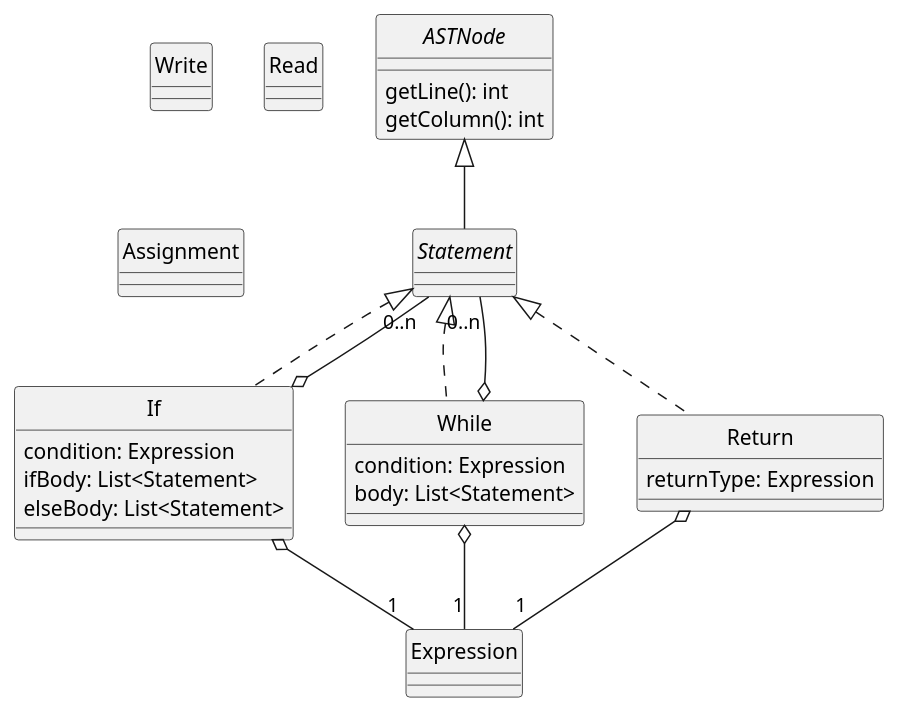
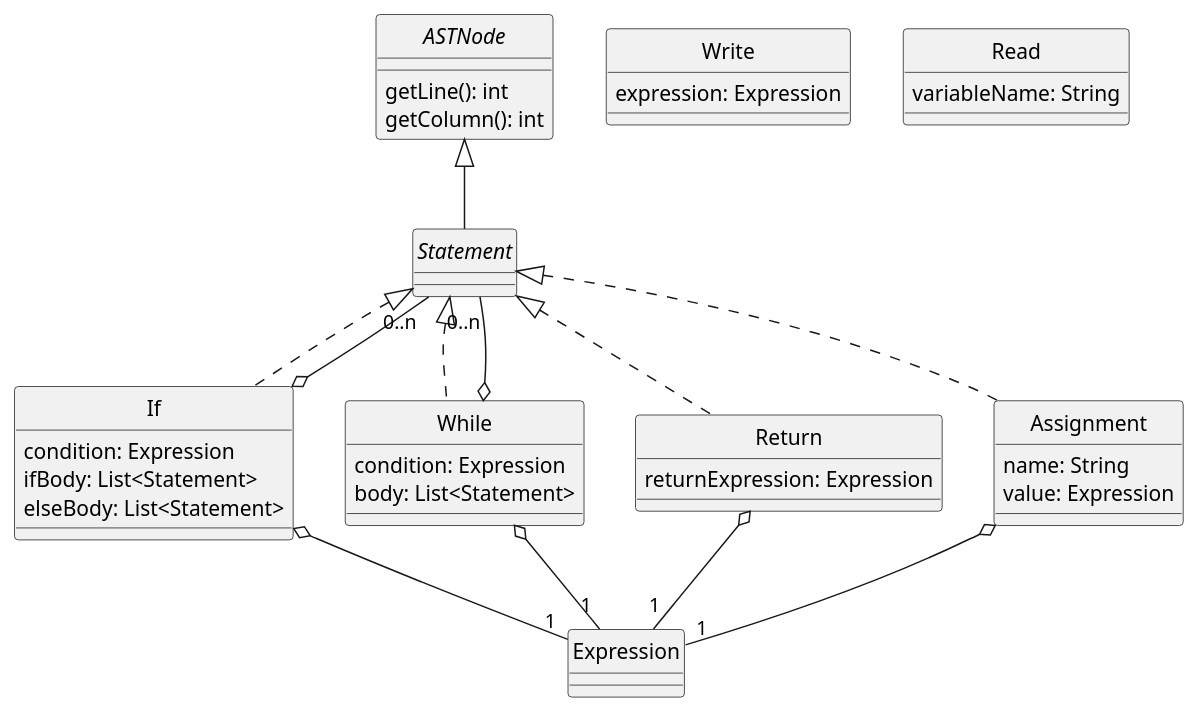
The diagram in docs/diagrams/statements.plantuml (DavidGonzalezFernandez/dlp-compiler), drawn with PlantUML before and after one commit. The commit also changed 3 other files, not shown here.

Commit message:
Mejora de los diagramas UML

```diff
--- a/docs/diagrams/statements.plantuml
+++ b/docs/diagrams/statements.plantuml
@@ -1,45 +1,68 @@
 @startuml Statements
 skinparam style strictuml
 skinparam monochrome true
 
 
 interface ASTNode {
     getLine(): int
     getColumn(): int
 }
 
 interface Statement
 
+/'
+Una sentencia condicional se define usando la palabra clave if seguida de una condición.
+El cuerpo de dicha sentencia estará comprendido entre do y end.
+Se podrá usar la palabra clave else.
+'/
 class If {
     condition: Expression
     ifBody: List<Statement>
-    elseBody: List<Statement>
+    elseBody: List<Statement>   /'puede no haber else, la lista estaría vacía'/
 }
 
 class While {
     condition: Expression
     body: List<Statement>
 }
 
+' El return debe estar seguido obligatoriamente de una expresión
 class Return {
-    returnType: Expression
+    returnExpression: Expression    /''/
 }
 
-class Write
-class Read
-class Assignment
+/'
+"Una escritura se compone por la palabra reservada puts y una lista de expresiones separadas por comas"
+    Write no tiene una lista de Expression, se genera un Write para cada Expression
+'/
+class Write {
+    expression: Expression
+}
+
+class Read {
+    variableName: String
+}
+
+' Una asignación está compuesta por dos expresiones separadas por el operador =.
+' TODO: la parte derecha no es una expresión, ¿no?
+class Assignment {
+    name: String
+    value: Expression
+}
 
 ASTNode <|-- Statement
 Statement <|.. If
 Statement <|.. While
 Statement <|.. Return
+Statement <|.. Assignment
 
 If o-- "1" Expression
 While o-- "1" Expression
 Return o-- "1" Expression
+Assignment o-- "1" Expression
 
 If o-- "0..n" Statement
 While o-- "0..n" Statement
 
 
 @enduml
```
